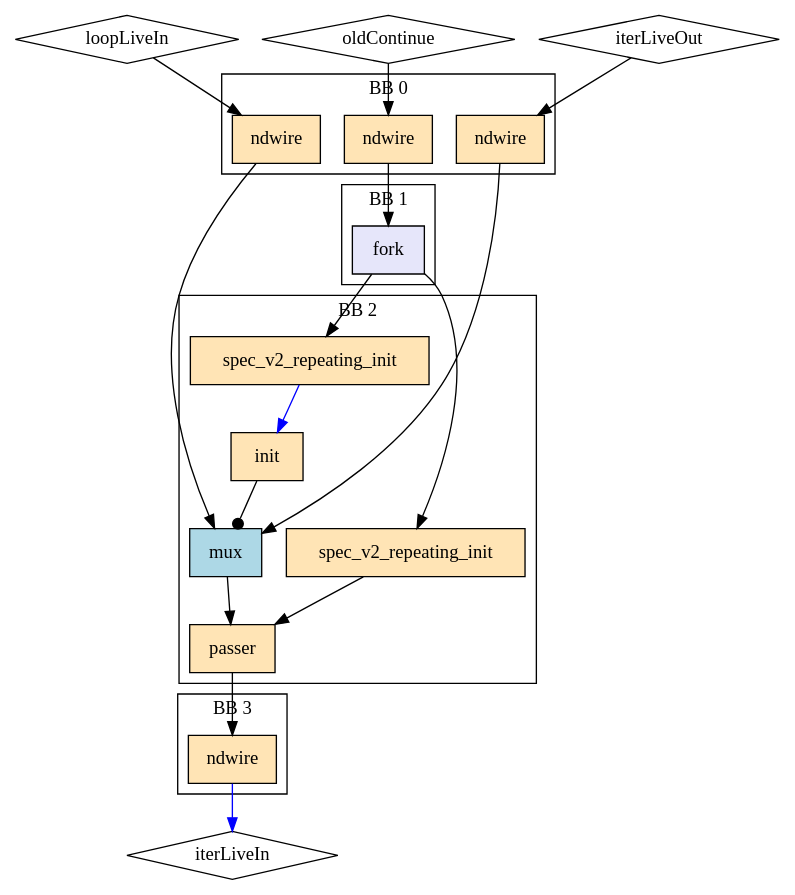
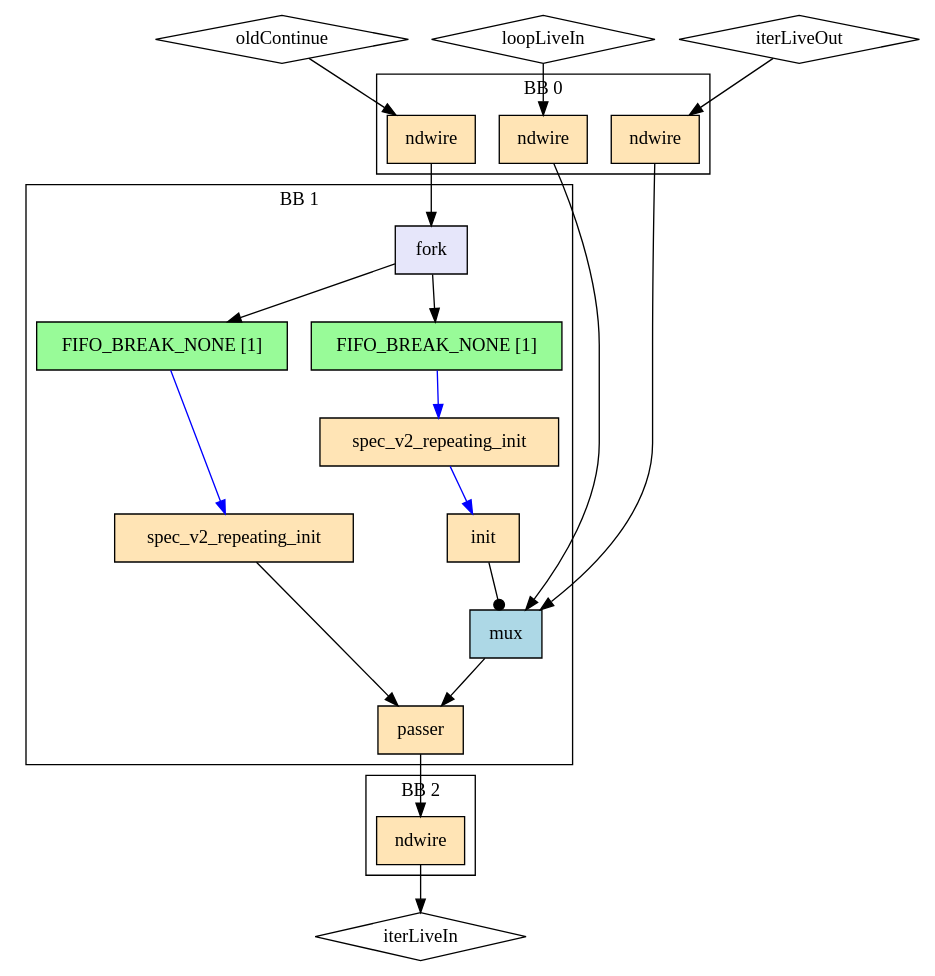
Before and after one commit to EPFL-LAP/dynamatic: the diagram in experimental/tools/elastic-miter/out/sup_mux/rhs_reachability/model.dot, drawn with Graphviz. The commit also changed 454 other files, not shown here.

```diff
--- a/experimental/tools/elastic-miter/out/sup_mux/rhs_reachability/model.dot
+++ b/experimental/tools/elastic-miter/out/sup_mux/rhs_reachability/model.dot
@@ -1,44 +1,45 @@
 Digraph G {
   splines=spline
   compound=true
   "loopLiveIn" ["style"="solid", "shape"="diamond", "label"="loopLiveIn", "mlir_op"="handshake.func"]
   "oldContinue" ["style"="solid", "shape"="diamond", "label"="oldContinue", "mlir_op"="handshake.func"]
   "iterLiveOut" ["style"="solid", "shape"="diamond", "label"="iterLiveOut", "mlir_op"="handshake.func"]
   "iterLiveIn" ["style"="solid", "shape"="diamond", "label"="iterLiveIn", "mlir_op"="handshake.func"]
   "loopLiveIn" -> "ndw_in_loopLiveIn" ["dir"="both", "style"="solid", "arrowhead"="normal", "from_idx"="0", "to"="ins", "arrowtail"="none", "from"="loopLiveIn", "to_idx"="0"]
   "oldContinue" -> "ndw_in_oldContinue" ["dir"="both", "style"="solid", "arrowhead"="normal", "from_idx"="1", "to"="ins", "arrowtail"="none", "from"="oldContinue", "to_idx"="0"]
   "iterLiveOut" -> "ndw_in_iterLiveOut" ["dir"="both", "style"="solid", "arrowhead"="normal", "from_idx"="2", "to"="ins", "arrowtail"="none", "from"="iterLiveOut", "to_idx"="0"]
   "ndw_in_loopLiveIn" -> "data_mux" ["dir"="both", "style"="solid", "arrowhead"="normal", "from_idx"="0", "to"="ins_0", "arrowtail"="none", "from"="outs", "to_idx"="1"]
   "ndw_in_oldContinue" -> "vm_fork_1" ["dir"="both", "style"="solid", "arrowhead"="normal", "from_idx"="0", "to"="ins", "arrowtail"="none", "from"="outs", "to_idx"="0"]
   "ndw_in_iterLiveOut" -> "data_mux" ["dir"="both", "style"="solid", "arrowhead"="normal", "from_idx"="0", "to"="ins_1", "arrowtail"="none", "from"="outs", "to_idx"="2"]
-  "ndw_out_iterLiveIn" -> "iterLiveIn" ["dir"="both", "style"="solid", "arrowhead"="normal", "from_idx"="0", "color"="blue", "to"="iterLiveIn", "arrowtail"="none", "from"="outs", "to_idx"="0"]
-  "vm_fork_1" -> "ri1" ["dir"="both", "style"="solid", "arrowhead"="normal", "from_idx"="0", "to"="ins", "arrowtail"="none", "from"="outs_0", "to_idx"="0"]
-  "vm_fork_1" -> "ri2" ["dir"="both", "style"="solid", "arrowhead"="normal", "from_idx"="1", "to"="ins", "arrowtail"="none", "from"="outs_1", "to_idx"="0"]
+  "ndw_out_iterLiveIn" -> "iterLiveIn" ["dir"="both", "style"="solid", "arrowhead"="normal", "from_idx"="0", "to"="iterLiveIn", "arrowtail"="none", "from"="outs", "to_idx"="0"]
   "passer" -> "ndw_out_iterLiveIn" ["dir"="both", "style"="solid", "arrowhead"="normal", "from_idx"="0", "to"="ins", "arrowtail"="none", "from"="result", "to_idx"="0"]
   subgraph cluster0 {
     graph ["label"="BB 0"]
     "ndw_in_loopLiveIn" ["style"="filled", "fillcolor"="moccasin", "shape"="box", "label"="ndwire", "mlir_op"="handshake.ndwire"]
     "ndw_in_oldContinue" ["style"="filled", "fillcolor"="moccasin", "shape"="box", "label"="ndwire", "mlir_op"="handshake.ndwire"]
     "ndw_in_iterLiveOut" ["style"="filled", "fillcolor"="moccasin", "shape"="box", "label"="ndwire", "mlir_op"="handshake.ndwire"]
   }
-  subgraph cluster3 {
-    graph ["label"="BB 3"]
+  subgraph cluster2 {
+    graph ["label"="BB 2"]
     "ndw_out_iterLiveIn" ["style"="filled", "fillcolor"="moccasin", "shape"="box", "label"="ndwire", "mlir_op"="handshake.ndwire"]
   }
   subgraph cluster1 {
     graph ["label"="BB 1"]
     "vm_fork_1" ["style"="filled", "fillcolor"="lavender", "shape"="box", "label"="fork", "mlir_op"="handshake.fork"]
-  }
-  subgraph cluster2 {
-    graph ["label"="BB 2"]
+    "buffer1" ["style"="filled", "fillcolor"="palegreen", "shape"="box", "label"="FIFO_BREAK_NONE [1]", "mlir_op"="handshake.buffer"]
     "ri1" ["style"="filled", "fillcolor"="moccasin", "shape"="box", "label"="spec_v2_repeating_init", "mlir_op"="handshake.spec_v2_repeating_init"]
     "newInit" ["style"="filled", "fillcolor"="moccasin", "shape"="box", "label"="init", "mlir_op"="handshake.init"]
     "data_mux" ["style"="filled", "fillcolor"="lightblue", "shape"="box", "label"="mux", "mlir_op"="handshake.mux"]
+    "buffer2" ["style"="filled", "fillcolor"="palegreen", "shape"="box", "label"="FIFO_BREAK_NONE [1]", "mlir_op"="handshake.buffer"]
     "ri2" ["style"="filled", "fillcolor"="moccasin", "shape"="box", "label"="spec_v2_repeating_init", "mlir_op"="handshake.spec_v2_repeating_init"]
     "passer" ["style"="filled", "fillcolor"="moccasin", "shape"="box", "label"="passer", "mlir_op"="handshake.passer"]
+    "vm_fork_1" -> "buffer1" ["dir"="both", "style"="solid", "arrowhead"="normal", "from_idx"="0", "to"="ins", "arrowtail"="none", "from"="outs_0", "to_idx"="0"]
+    "vm_fork_1" -> "buffer2" ["dir"="both", "style"="solid", "arrowhead"="normal", "from_idx"="1", "to"="ins", "arrowtail"="none", "from"="outs_1", "to_idx"="0"]
+    "buffer1" -> "ri1" ["dir"="both", "style"="solid", "arrowhead"="normal", "from_idx"="0", "color"="blue", "to"="ins", "arrowtail"="none", "from"="outs", "to_idx"="0"]
     "ri1" -> "newInit" ["dir"="both", "style"="solid", "arrowhead"="normal", "from_idx"="0", "color"="blue", "to"="ins", "arrowtail"="none", "from"="outs", "to_idx"="0"]
     "newInit" -> "data_mux" ["dir"="both", "style"="solid", "arrowhead"="dot", "from_idx"="0", "to"="index", "arrowtail"="none", "from"="outs", "to_idx"="0"]
     "data_mux" -> "passer" ["dir"="both", "style"="solid", "arrowhead"="normal", "from_idx"="0", "to"="data", "arrowtail"="none", "from"="outs", "to_idx"="0"]
+    "buffer2" -> "ri2" ["dir"="both", "style"="solid", "arrowhead"="normal", "from_idx"="0", "color"="blue", "to"="ins", "arrowtail"="none", "from"="outs", "to_idx"="0"]
     "ri2" -> "passer" ["dir"="both", "style"="solid", "arrowhead"="normal", "from_idx"="0", "to"="ctrl", "arrowtail"="none", "from"="outs", "to_idx"="1"]
   }
 }
```
